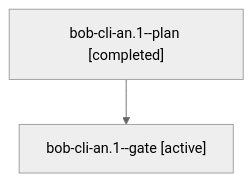
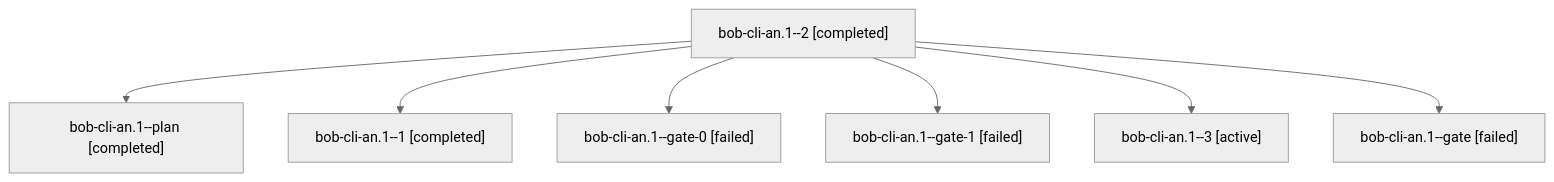
One commit to bobs-org/bob-cli--agents changed the diagram in sessions/bbugyi200.athena.bob-cli-an.1.md. Above: the diagram before and after it, drawn with Mermaid (neutral theme). The commit also changed other lines of this file and 51 other files, not shown here.

````diff
--- a/sessions/bbugyi200.athena.bob-cli-an.1.md
+++ b/sessions/bbugyi200.athena.bob-cli-an.1.md
@@ -9,6 +9,16 @@
 ```mermaid
 flowchart TD
-  n0["bob-cli-an.1--plan [completed]"]
-  n1["bob-cli-an.1--gate [active]"]
+  n0["bob-cli-an.1--2 [completed]"]
+  n1["bob-cli-an.1--plan [completed]"]
   n0 --> n1
+  n2["bob-cli-an.1--1 [completed]"]
+  n0 --> n2
+  n3["bob-cli-an.1--gate-0 [failed]"]
+  n0 --> n3
+  n4["bob-cli-an.1--gate-1 [failed]"]
+  n0 --> n4
+  n5["bob-cli-an.1--3 [active]"]
+  n0 --> n5
+  n6["bob-cli-an.1--gate [failed]"]
+  n0 --> n6
 ```
````
